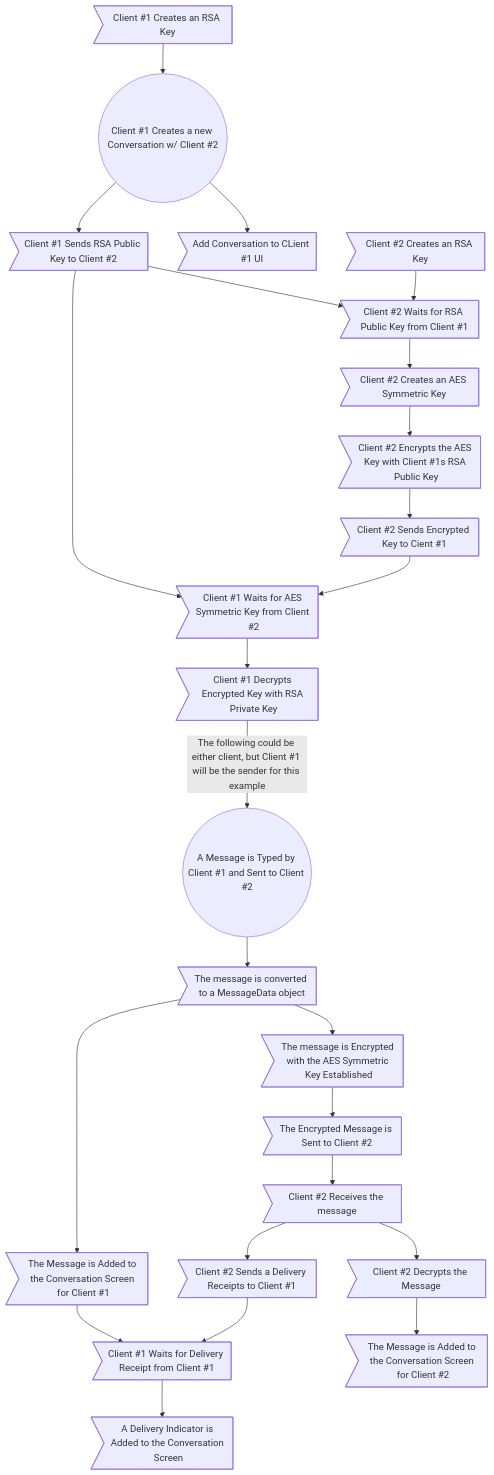
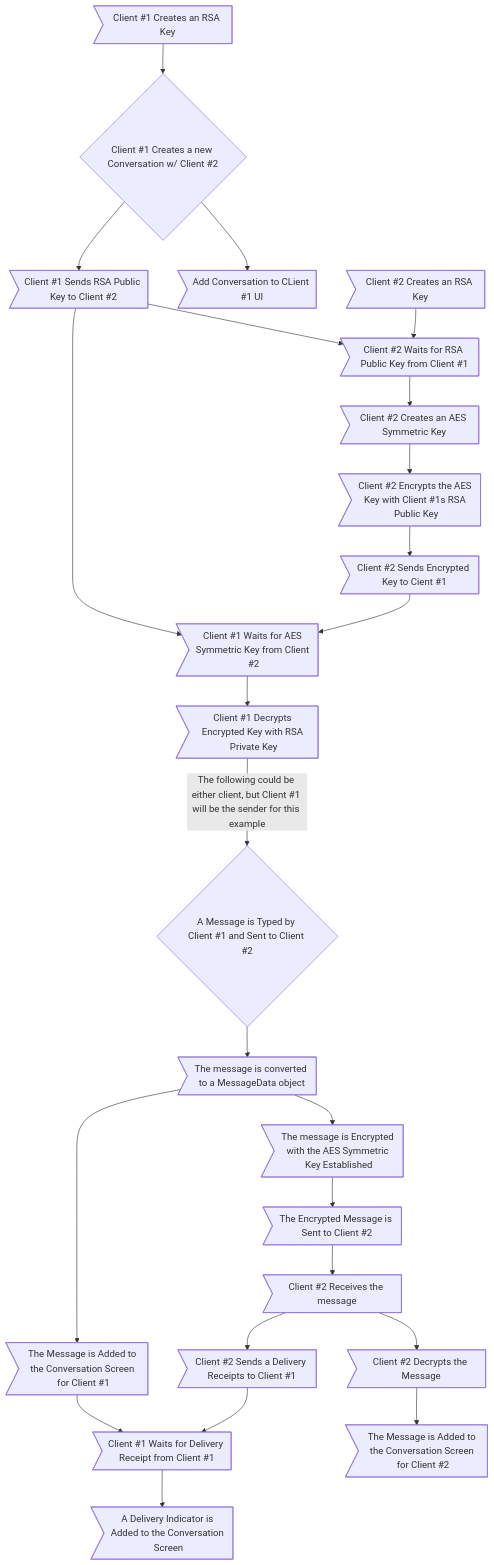
Before and after one commit to xXCrash2BomberXx/TinyChat: the diagram in README.md, drawn with Mermaid.

````diff
--- a/README.md
+++ b/README.md
@@ -72,26 +72,26 @@
 ```mermaid
 graph TB;
-  A>Client #1 Creates an RSA Key] --> B((Client #1 Creates a new Conversation w/ Client #2));
+  A>Client #1 Creates an RSA Key] --> B{Client #1 Creates a new Conversation w/ Client #2};
   B --> D>Add Conversation to CLient #1 UI];
   B --> E>Client #1 Sends RSA Public Key to Client #2];
   F>Client #2 Creates an RSA Key] --> G>Client #2 Waits for RSA Public Key from Client #1];
   E --> G;
   G --> H>Client #2 Creates an AES Symmetric Key];
   H -->I>Client #2 Encrypts the AES Key with Client #1s RSA Public Key];
   I -->J>Client #2 Sends Encrypted Key to Cient #1];
   E --> K>Client #1 Waits for AES Symmetric Key from Client #2];
   J --> K;
   K --> L>Client #1 Decrypts Encrypted Key with RSA Private Key];
-  L --> |The following could be either client, but Client #1 will be the sender for this example| M((A Message is Typed by Client #1 and Sent to Client #2));
+  L --> |The following could be either client, but Client #1 will be the sender for this example| M{A Message is Typed by Client #1 and Sent to Client #2};
   M --> W>The message is converted to a MessageData object];
   W --> N>The message is Encrypted with the AES Symmetric Key Established];
   N --> O>The Encrypted Message is Sent to Client #2];
   W --> Q>The Message is Added to the Conversation Screen for Client #1];
   Q --> R>Client #1 Waits for Delivery Receipt from Client #1];
   R --> V>A Delivery Indicator is Added to the Conversation Screen];
   O --> P>Client #2 Receives the message];
   P --> S>Client #2 Decrypts the Message];
   S --> T>The Message is Added to the Conversation Screen for Client #2];
   P --> U>Client #2 Sends a Delivery Receipts to Client #1];
   U --> R;
 ```
````
